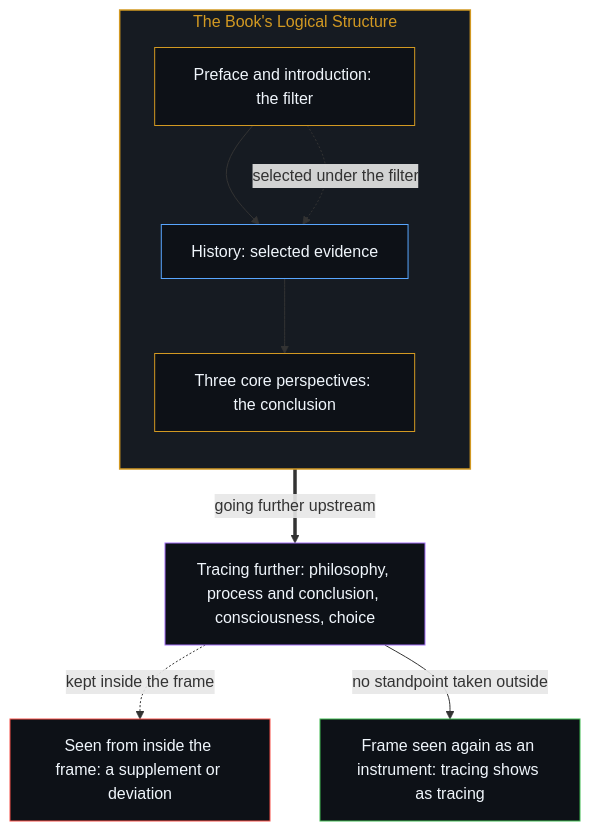
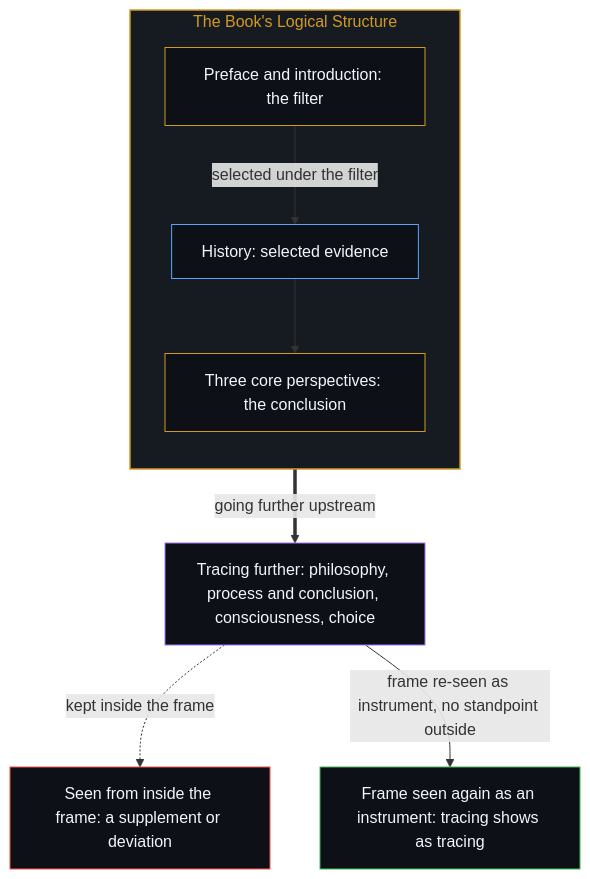
The second of 2 diagrams in content/posts/du-zhongwen-zhexue-jianshi-you-gan.md (powerpig99/not-a-toe), drawn with Mermaid before and after one commit. The commit also changed other lines of this file and 9 other files, not shown here.

````diff
--- a/content/posts/du-zhongwen-zhexue-jianshi-you-gan.md
+++ b/content/posts/du-zhongwen-zhexue-jianshi-you-gan.md
@@ -76,24 +75,23 @@
 ```mermaid
 flowchart TD
     subgraph S_Book["The Book's Logical Structure"]
         direction TB
         P["Preface and introduction: the filter"]
         H["History: selected evidence"]
         C["Three core perspectives: the conclusion"]
     end
     U["Tracing further: philosophy, process and conclusion, consciousness, choice"]
     In["Seen from inside the frame: a supplement or deviation"]
     Out["Frame seen again as an instrument: tracing shows as tracing"]
-    P --> H --> C
-    P -.->|"selected under the filter"| H
+    P -->|"selected under the filter"| H --> C
     P ==>|"going further upstream"| U
     U -.->|"kept inside the frame"| In
-    U -->|"no standpoint taken outside"| Out
+    U -->|"frame re-seen as instrument, no standpoint outside"| Out
     style S_Book fill:#161b22,stroke:#d29922,stroke-width:1.5px,color:#d29922
     style P fill:#0d1117,stroke:#d29922,stroke-width:1px,color:#f0f6fc
     style H fill:#0d1117,stroke:#58a6ff,stroke-width:1px,color:#f0f6fc
     style C fill:#0d1117,stroke:#d29922,stroke-width:1px,color:#f0f6fc
     style U fill:#0d1117,stroke:#a371f7,stroke-width:1px,color:#f0f6fc
     style In fill:#0d1117,stroke:#f85149,stroke-width:1px,color:#f0f6fc
     style Out fill:#0d1117,stroke:#3fb950,stroke-width:1px,color:#f0f6fc
 ```
````
